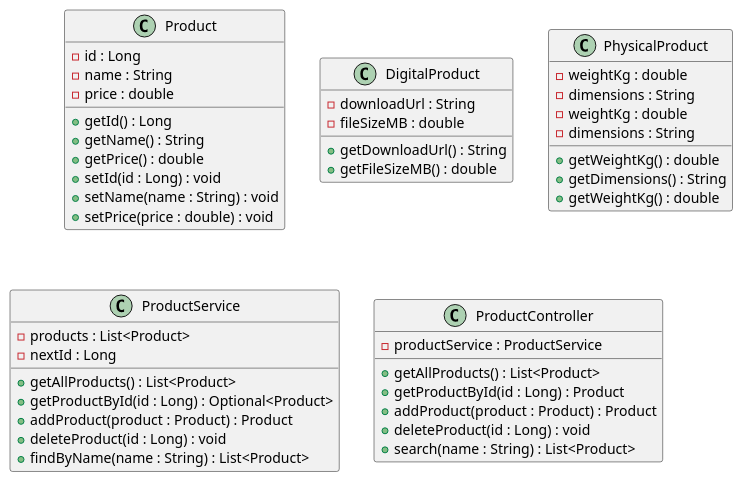
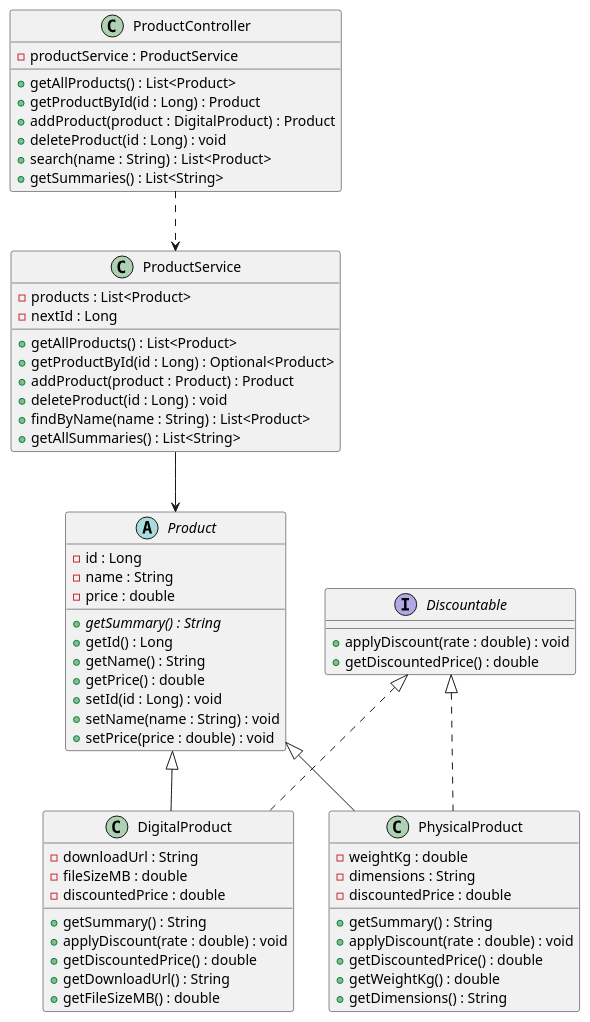
Before and after one commit to thavinsa12/products-api: the diagram in src/main/docs/uml/Product.md, drawn with PlantUML. The commit also changed 6 other files, not shown here.

Commit message:
Tutorial 5: polymorphism - getSummary override and Discountable interface

```diff
--- a/src/main/docs/uml/Product.md
+++ b/src/main/docs/uml/Product.md
@@ -1,52 +1,73 @@
 @startuml
-class Product {
+abstract class Product {
 - id : Long
 - name : String
 - price : double
++ {abstract} getSummary() : String
 + getId() : Long
 + getName() : String
 + getPrice() : double
 + setId(id : Long) : void
 + setName(name : String) : void
 + setPrice(price : double) : void
 }
 
+interface Discountable {
++ applyDiscount(rate : double) : void
++ getDiscountedPrice() : double
+}
+
 class DigitalProduct {
 - downloadUrl : String
 - fileSizeMB : double
+- discountedPrice : double
++ getSummary() : String
++ applyDiscount(rate : double) : void
++ getDiscountedPrice() : double
 + getDownloadUrl() : String
 + getFileSizeMB() : double
 }
 
 class PhysicalProduct {
 - weightKg : double
 - dimensions : String
+- discountedPrice : double
++ getSummary() : String
++ applyDiscount(rate : double) : void
++ getDiscountedPrice() : double
 + getWeightKg() : double
 + getDimensions() : String
 }
 
 class ProductService {
 - products : List<Product>
 - nextId : Long
 + getAllProducts() : List<Product>
 + getProductById(id : Long) : Optional<Product>
 + addProduct(product : Product) : Product
 + deleteProduct(id : Long) : void
 + findByName(name : String) : List<Product>
++ getAllSummaries() : List<String>
 }
 
 class ProductController {
 - productService : ProductService
 + getAllProducts() : List<Product>
 + getProductById(id : Long) : Product
-+ addProduct(product : Product) : Product
++ addProduct(product : DigitalProduct) : Product
 + deleteProduct(id : Long) : void
 + search(name : String) : List<Product>
++ getSummaries() : List<String>
 }
- 
-class PhysicalProduct {
-  - weightKg : double
-  - dimensions : String
-  + getWeightKg() : double
-    }
+
+ProductController ..> ProductService
+ProductService --> Product
+
+' <|-- generalisation (extends): SOLID line
+Product <|-- DigitalProduct
+Product <|-- PhysicalProduct
+
+' <|.. realisation (implements): DASHED line
+Discountable <|.. DigitalProduct
+Discountable <|.. PhysicalProduct
 @enduml
```
